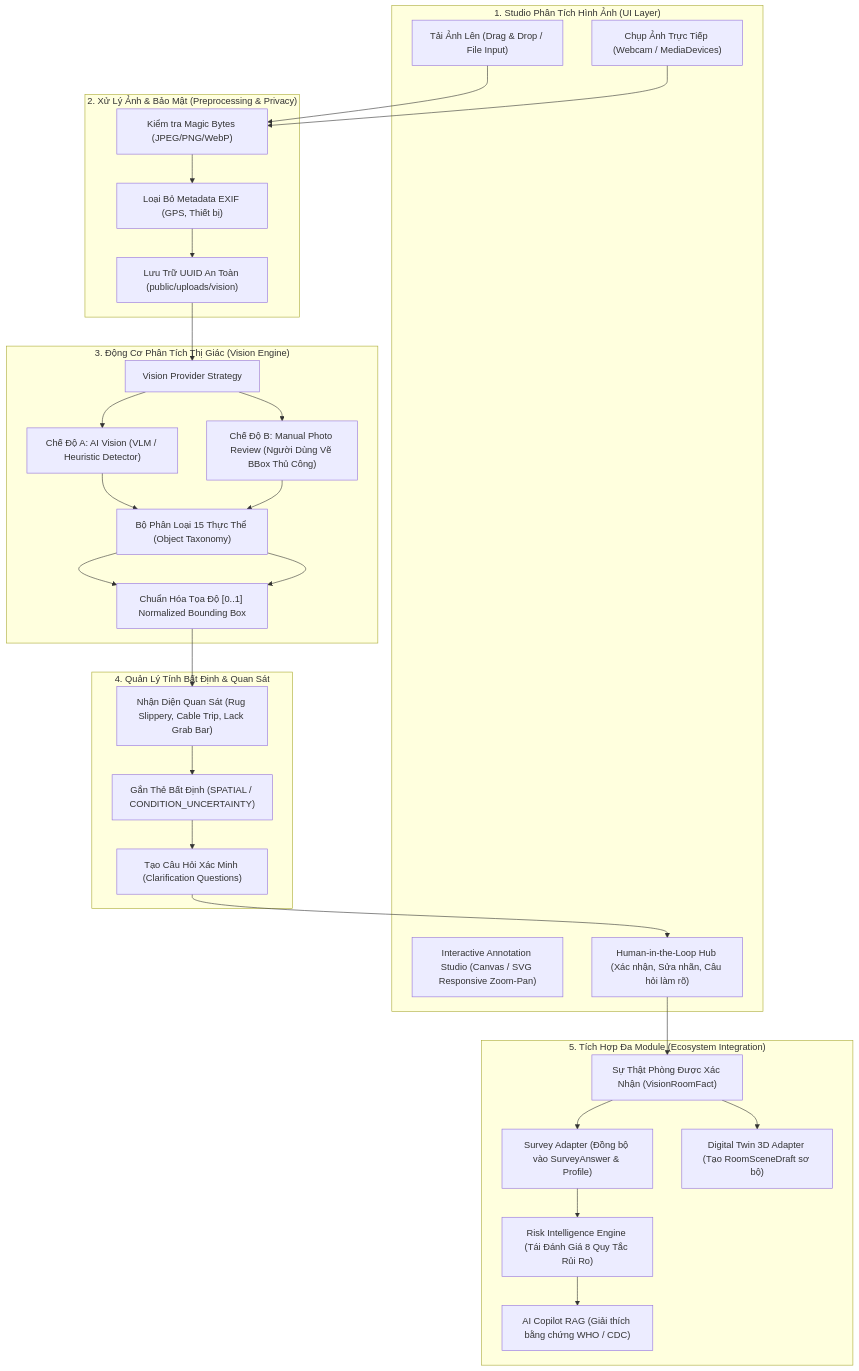
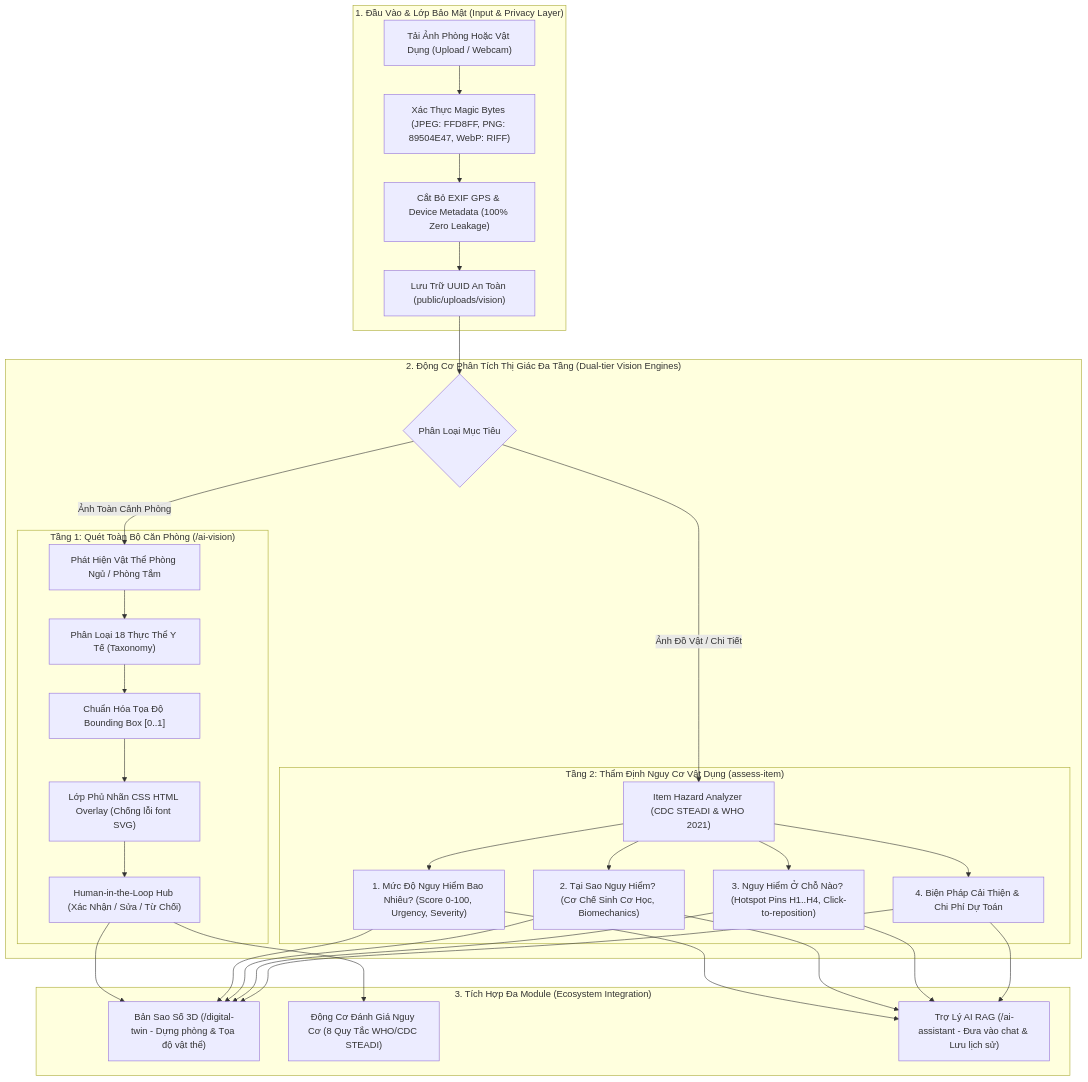
One commit to NguyenTriBaoThang/SafeHome3DAI changed the diagram in docs/AI_VISION_ARCHITECTURE.md. Above: the diagram before and after it, drawn with Mermaid. The commit also changed other lines of this file and 12 other files, not shown here.

Commit message:
docs: update architecture documentation and add documentation site pages

````diff
--- a/docs/AI_VISION_ARCHITECTURE.md
+++ b/docs/AI_VISION_ARCHITECTURE.md
@@ -9,51 +9,41 @@
 ```mermaid
 flowchart TD
-    subgraph UI["1. Studio Phân Tích Hình Ảnh (UI Layer)"]
-        Upload["Tải Ảnh Lên (Drag & Drop / File Input)"]
-        Webcam["Chụp Ảnh Trực Tiếp (Webcam / MediaDevices)"]
-        Canvas["Interactive Annotation Studio (Canvas / SVG Responsive Zoom-Pan)"]
-        HumanReview["Human-in-the-Loop Hub (Xác nhận, Sửa nhãn, Câu hỏi làm rõ)"]
+    subgraph InputTier["1. Đầu Vào & Lớp Bảo Mật (Input & Privacy Layer)"]
+        Upload["Tải Ảnh Phòng Hoặc Vật Dụng (Upload / Webcam)"]
+        MagicBytes["Xác Thực Magic Bytes (JPEG: FFD8FF, PNG: 89504E47, WebP: RIFF)"]
+        StripEXIF["Cắt Bỏ EXIF GPS & Device Metadata (100% Zero Leakage)"]
+        Storage["Lưu Trữ UUID An Toàn (public/uploads/vision)"]
     end
 
-    subgraph Security["2. Xử Lý Ảnh & Bảo Mật (Preprocessing & Privacy)"]
-        MagicBytes["Kiểm tra Magic Bytes (JPEG/PNG/WebP)"]
-        StripEXIF["Loại Bỏ Metadata EXIF (GPS, Thiết bị)"]
-        SafeStorage["Lưu Trữ UUID An Toàn (public/uploads/vision)"]
+    subgraph DualVision["2. Động Cơ Phân Tích Thị Giác Đa Tầng (Dual-tier Vision Engines)"]
+        Router{"Phân Loại Mục Tiêu"}
+        
+        subgraph Tier1["Tầng 1: Quét Toàn Bộ Căn Phòng (/ai-vision)"]
+            Taxonomy["Phân Loại 18 Thực Thể Y Tế (Taxonomy)"]
+            RoomDetector["Phát Hiện Vật Thể Phòng Ngủ / Phòng Tắm"]
+            BBoxNorm["Chuẩn Hóa Tọa Độ Bounding Box [0..1]"]
+            HTMLOverlay["Lớp Phủ Nhãn CSS HTML Overlay (Chống lỗi font SVG)"]
+            HITLHub["Human-in-the-Loop Hub (Xác Nhận / Sửa / Từ Chối)"]
+        end
+
+        subgraph Tier2["Tầng 2: Thẩm Định Nguy Cơ Vật Dụng (assess-item)"]
+            ItemAnalyzer["Item Hazard Analyzer (CDC STEADI & WHO 2021)"]
+            Q1["1. Mức Độ Nguy Hiểm Bao Nhiêu? (Score 0-100, Urgency, Severity)"]
+            Q2["2. Tại Sao Nguy Hiểm? (Cơ Chế Sinh Cơ Học, Biomechanics)"]
+            Q3["3. Nguy Hiểm Ở Chỗ Nào? (Hotspot Pins H1..H4, Click-to-reposition)"]
+            Remediation["4. Biện Pháp Cải Thiện & Chi Phí Dự Toán"]
+        end
     end
 
-    subgraph CoreVision["3. Động Cơ Phân Tích Thị Giác (Vision Engine)"]
-        Provider["Vision Provider Strategy"]
-        ModeA["Chế Độ A: AI Vision (VLM / Heuristic Detector)"]
-        ModeB["Chế Độ B: Manual Photo Review (Người Dùng Vẽ BBox Thủ Công)"]
-        Taxonomy["Bộ Phân Loại 15 Thực Thể (Object Taxonomy)"]
-        BBoxNorm["Chuẩn Hóa Tọa Độ [0..1] Normalized Bounding Box"]
+    subgraph EcosystemSync["3. Tích Hợp Đa Module (Ecosystem Integration)"]
+        Twin3D["Bản Sao Số 3D (/digital-twin - Dựng phòng & Tọa độ vật thể)"]
+        RiskEngine["Động Cơ Đánh Giá Nguy Cơ (8 Quy Tắc WHO/CDC STEADI)"]
+        AICopilot["Trợ Lý AI RAG (/ai-assistant - Đưa vào chat & Lưu lịch sử)"]
     end
 
-    subgraph UncertaintyEngine["4. Quản Lý Tính Bất Định & Quan Sát"]
-        ObsEngine["Nhận Diện Quan Sát (Rug Slippery, Cable Trip, Lack Grab Bar)"]
-        UncertaintyTag["Gắn Thẻ Bất Định (SPATIAL / CONDITION_UNCERTAINTY)"]
-        Clarification["Tạo Câu Hỏi Xác Minh (Clarification Questions)"]
-    end
-
-    subgraph HITL["5. Tích Hợp Đa Module (Ecosystem Integration)"]
-        FactStore["Sự Thật Phòng Được Xác Nhận (VisionRoomFact)"]
-        SurveySync["Survey Adapter (Đồng bộ vào SurveyAnswer & Profile)"]
-        RiskEngine["Risk Intelligence Engine (Tái Đánh Giá 8 Quy Tắc Rủi Ro)"]
-        RAGExpl["AI Copilot RAG (Giải thích bằng chứng WHO / CDC)"]
-        Scene3D["Digital Twin 3D Adapter (Tạo RoomSceneDraft sơ bộ)"]
-    end
-
-    Upload --> MagicBytes
-    Webcam --> MagicBytes
-    MagicBytes --> StripEXIF --> SafeStorage
-    SafeStorage --> Provider
-    Provider --> ModeA
-    Provider --> ModeB
-    ModeA --> Taxonomy --> BBoxNorm
-    ModeB --> Taxonomy --> BBoxNorm
-    BBoxNorm --> ObsEngine --> UncertaintyTag --> Clarification
-    Clarification --> HumanReview
-    HumanReview --> FactStore
-    FactStore --> SurveySync --> RiskEngine --> RAGExpl
-    FactStore --> Scene3D
+    Upload --> MagicBytes --> StripEXIF --> Storage --> Router
+    Router -- "Ảnh Toàn Cảnh Phòng" --> RoomDetector --> Taxonomy --> BBoxNorm --> HTMLOverlay --> HITLHub
+    Router -- "Ảnh Đồ Vật / Chi Tiết" --> ItemAnalyzer --> Q1 & Q2 & Q3 & Remediation
+    HITLHub --> Twin3D & RiskEngine
+    Q1 & Q2 & Q3 & Remediation --> AICopilot & Twin3D
 ```
````
